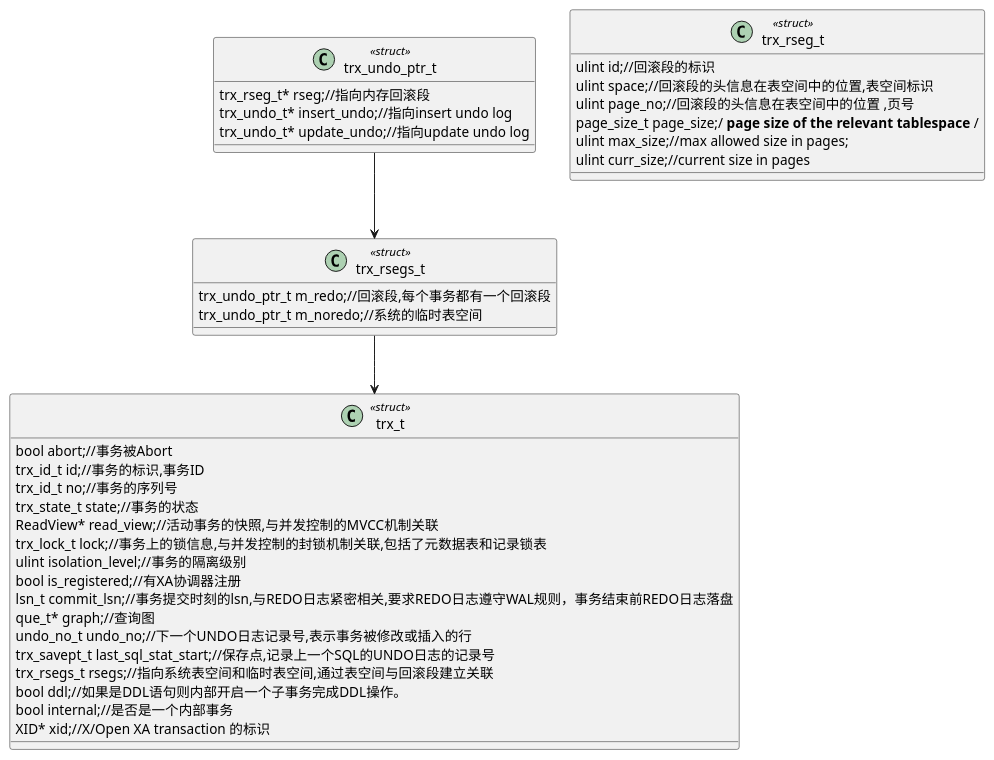
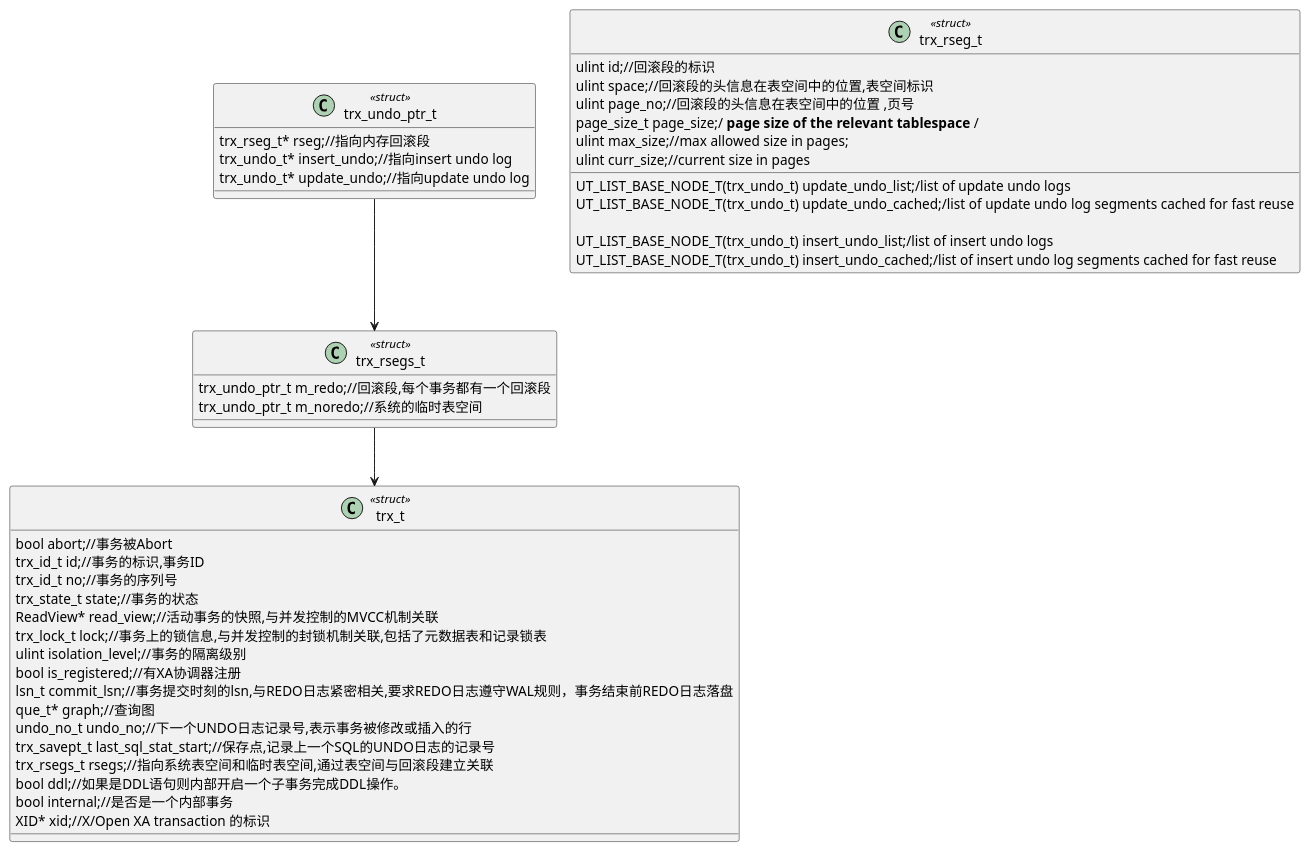
The second of 4 diagrams in it/mysql/theArtOfDatabaseTransactionProcessing/transaction_base.org (wult/org_doc), drawn with PlantUML before and after one commit. The commit also changed other lines of this file and 5 other files, not shown here.

```diff
--- a/it/mysql/theArtOfDatabaseTransactionProcessing/transaction_base.org
+++ b/it/mysql/theArtOfDatabaseTransactionProcessing/transaction_base.org
@@ -25,43 +25,47 @@
 #+BEGIN_SRC plantuml :file images/transaction_trx_t.png :cmdline -charset utf-8
 class trx_t <<struct>> {
     bool abort;//事务被Abort
     trx_id_t id;//事务的标识,事务ID
     trx_id_t no;//事务的序列号
     trx_state_t state;//事务的状态
     ReadView* read_view;//活动事务的快照,与并发控制的MVCC机制关联
     trx_lock_t lock;//事务上的锁信息,与并发控制的封锁机制关联,包括了元数据表和记录锁表
     ulint isolation_level;//事务的隔离级别
     bool is_registered;//有XA协调器注册
     lsn_t commit_lsn;//事务提交时刻的lsn,与REDO日志紧密相关,要求REDO日志遵守WAL规则，事务结束前REDO日志落盘
     que_t* graph;//查询图
     undo_no_t undo_no;//下一个UNDO日志记录号,表示事务被修改或插入的行
     trx_savept_t last_sql_stat_start;//保存点,记录上一个SQL的UNDO日志的记录号
     trx_rsegs_t rsegs;//指向系统表空间和临时表空间,通过表空间与回滚段建立关联
     bool ddl;//如果是DDL语句则内部开启一个子事务完成DDL操作。
     bool internal;//是否是一个内部事务
     XID* xid;//X/Open XA transaction 的标识
 }
 
 class trx_rsegs_t <<struct>> {
    trx_undo_ptr_t m_redo;//回滚段,每个事务都有一个回滚段 
    trx_undo_ptr_t m_noredo;//系统的临时表空间
 }
 
 class trx_undo_ptr_t <<struct>> {
     trx_rseg_t* rseg;//指向内存回滚段
     trx_undo_t* insert_undo;//指向insert undo log
     trx_undo_t* update_undo;//指向update undo log
 }
 
 class trx_rseg_t <<struct>> {
     ulint id;//回滚段的标识
     ulint space;//回滚段的头信息在表空间中的位置,表空间标识 
     ulint page_no;//回滚段的头信息在表空间中的位置 ,页号
     page_size_t page_size;/** page size of the relevant tablespace **/
     ulint max_size;//max allowed size in pages;
     ulint curr_size;//current size in pages
+    UT_LIST_BASE_NODE_T(trx_undo_t) update_undo_list;/list of update undo logs
+    UT_LIST_BASE_NODE_T(trx_undo_t) update_undo_cached;/list of update undo log segments cached for fast reuse
 
+    UT_LIST_BASE_NODE_T(trx_undo_t) insert_undo_list;/list of insert undo logs
+    UT_LIST_BASE_NODE_T(trx_undo_t) insert_undo_cached;/list of insert undo log segments cached for fast reuse
 }
 trx_undo_ptr_t --> trx_rsegs_t
 trx_rsegs_t --> trx_t
 #+END_SRC
```
